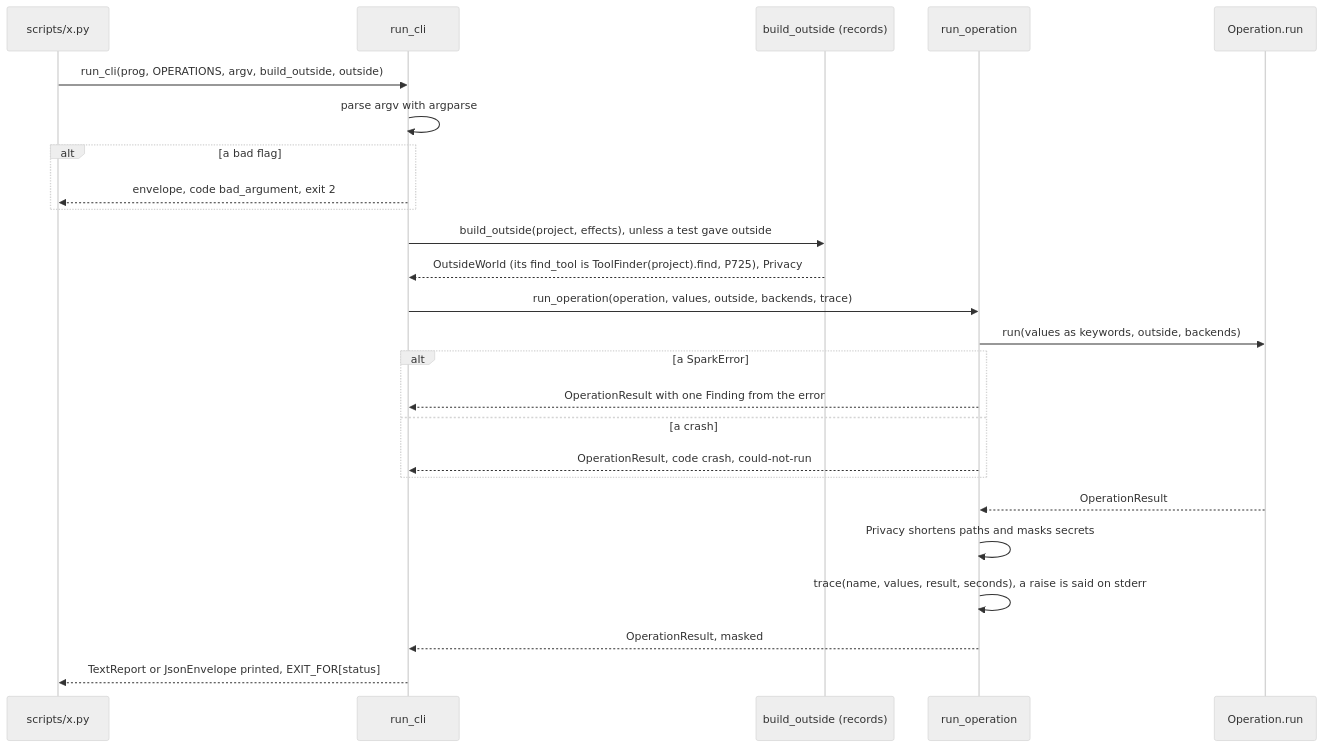
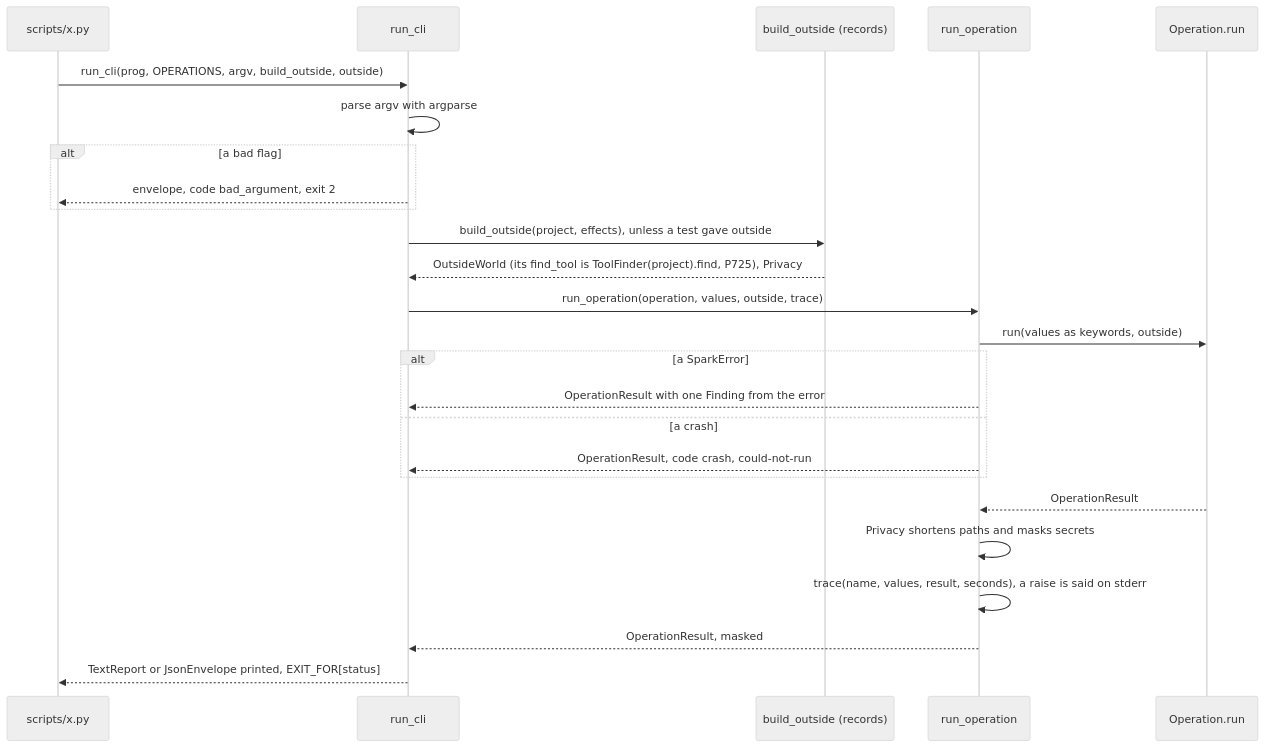
One commit to xmejkal/spark changed the second of 2 diagrams in docs/discovery/2026-10-19-p323-target-architecture/architecture/areas/core.md. Above: the diagram before and after it, drawn with Mermaid (neutral theme). The commit also changed 7 other files, not shown here.

````diff
--- a/docs/discovery/2026-10-19-p323-target-architecture/architecture/areas/core.md
+++ b/docs/discovery/2026-10-19-p323-target-architecture/architecture/areas/core.md
@@ -117,27 +117,27 @@
 ```mermaid
 sequenceDiagram
   participant CLI as scripts/x.py
   participant RC as run_cli
   participant B as build_outside (records)
   participant RO as run_operation
   participant OP as Operation.run
   CLI->>RC: run_cli(prog, OPERATIONS, argv, build_outside, outside)
   RC->>RC: parse argv with argparse
   alt a bad flag
     RC-->>CLI: envelope, code bad_argument, exit 2
   end
   RC->>B: build_outside(project, effects), unless a test gave outside
   B-->>RC: OutsideWorld (its find_tool is ToolFinder(project).find, P725), Privacy
-  RC->>RO: run_operation(operation, values, outside, backends, trace)
-  RO->>OP: run(values as keywords, outside, backends)
+  RC->>RO: run_operation(operation, values, outside, trace)
+  RO->>OP: run(values as keywords, outside)
   alt a SparkError
     RO-->>RC: OperationResult with one Finding from the error
   else a crash
     RO-->>RC: OperationResult, code crash, could-not-run
   end
   OP-->>RO: OperationResult
   RO->>RO: Privacy shortens paths and masks secrets
   RO->>RO: trace(name, values, result, seconds), a raise is said on stderr
   RO-->>RC: OperationResult, masked
   RC-->>CLI: TextReport or JsonEnvelope printed, EXIT_FOR[status]
 ```
````
